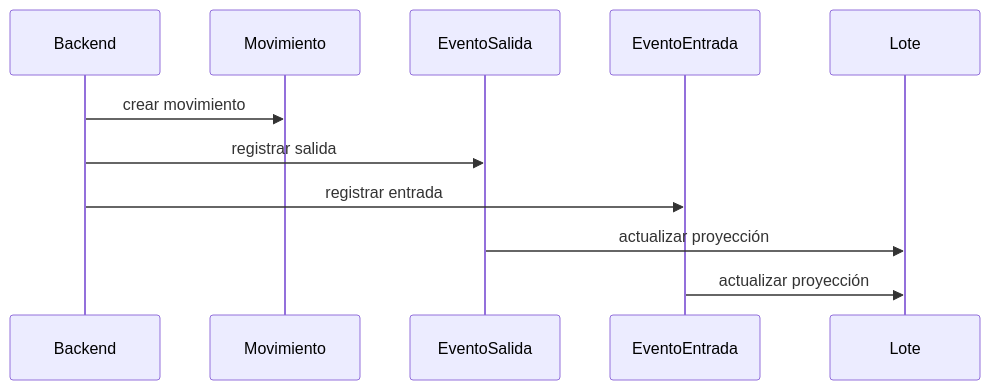
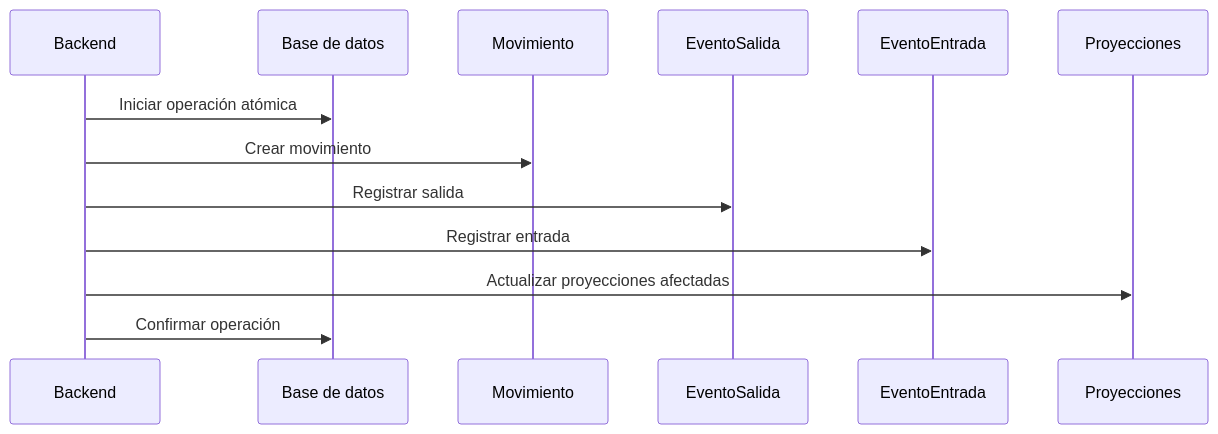
The third of 3 diagrams in documentacion/base_conocimiento/modelo/modelo_ganadero.md (Miqrod/RuralGest), drawn with Mermaid before and after one commit. The commit also changed other lines of this file and 4 other files, not shown here.

````diff
--- a/documentacion/base_conocimiento/modelo/modelo_ganadero.md
+++ b/documentacion/base_conocimiento/modelo/modelo_ganadero.md
@@ -636,17 +767,16 @@
 ```mermaid
 sequenceDiagram
-
     participant Backend
+    participant BD as Base de datos
     participant Movimiento
     participant EventoSalida
     participant EventoEntrada
-    participant Lote
+    participant Proyecciones
 
-    Backend->>Movimiento: crear movimiento
-
-    Backend->>EventoSalida: registrar salida
-    Backend->>EventoEntrada: registrar entrada
-
-    EventoSalida->>Lote: actualizar proyección
-    EventoEntrada->>Lote: actualizar proyección
+    Backend->>BD: Iniciar operación atómica
+    Backend->>Movimiento: Crear movimiento
+    Backend->>EventoSalida: Registrar salida
+    Backend->>EventoEntrada: Registrar entrada
+    Backend->>Proyecciones: Actualizar proyecciones afectadas
+    Backend->>BD: Confirmar operación
 ```
````
